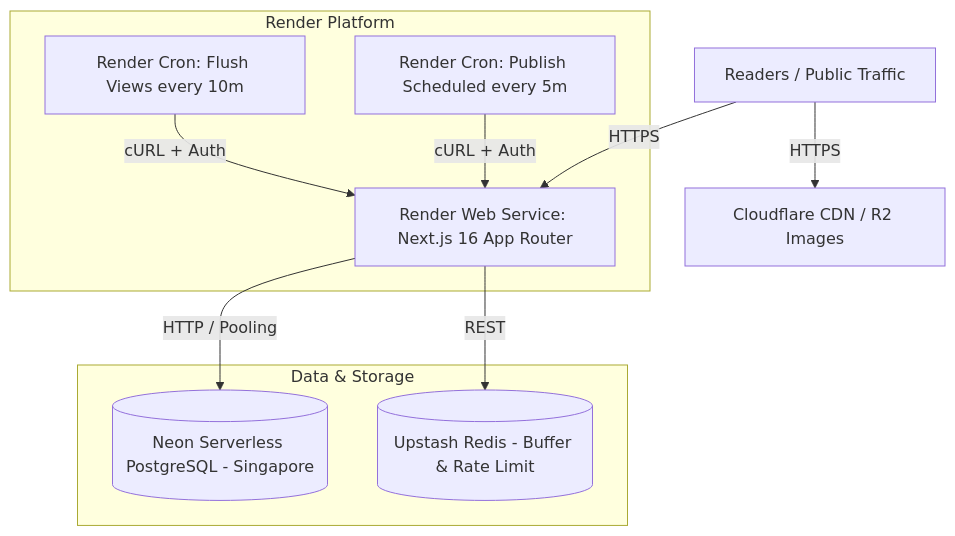
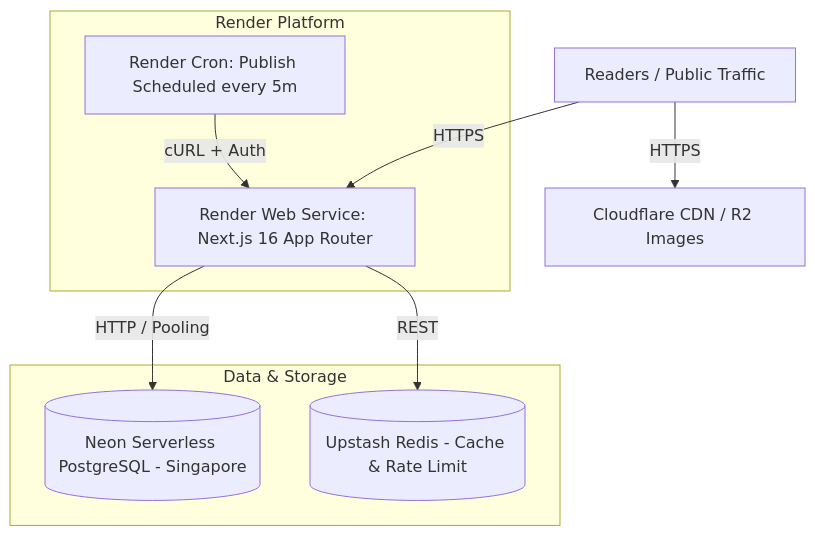
One commit to sanonahmed/bangladeshi-news-portal changed the diagram in docs/RENDER_DEPLOYMENT.md. Above: the diagram before and after it, drawn with Mermaid. The commit also changed other lines of this file and 43 other files, not shown here.

````diff
--- a/docs/RENDER_DEPLOYMENT.md
+++ b/docs/RENDER_DEPLOYMENT.md
@@ -9,21 +9,19 @@
 ```mermaid
 flowchart TD
     Readers[Readers / Public Traffic] -->|HTTPS| CloudflareCDN[Cloudflare CDN / R2 Images]
     Readers -->|HTTPS| RenderWeb[Render Web Service: Next.js 16 App Router]
     
     subgraph Render Platform
         RenderWeb
-        RenderCron1[Render Cron: Flush Views every 10m]
         RenderCron2[Render Cron: Publish Scheduled every 5m]
     end
 
     subgraph Data & Storage
         NeonDB[(Neon Serverless PostgreSQL - Singapore)]
-        UpstashRedis[(Upstash Redis - Buffer & Rate Limit)]
+        UpstashRedis[(Upstash Redis - Cache & Rate Limit)]
     end
 
     RenderWeb -->|HTTP / Pooling| NeonDB
     RenderWeb -->|REST| UpstashRedis
-    RenderCron1 -->|cURL + Auth| RenderWeb
     RenderCron2 -->|cURL + Auth| RenderWeb
 ```
````
